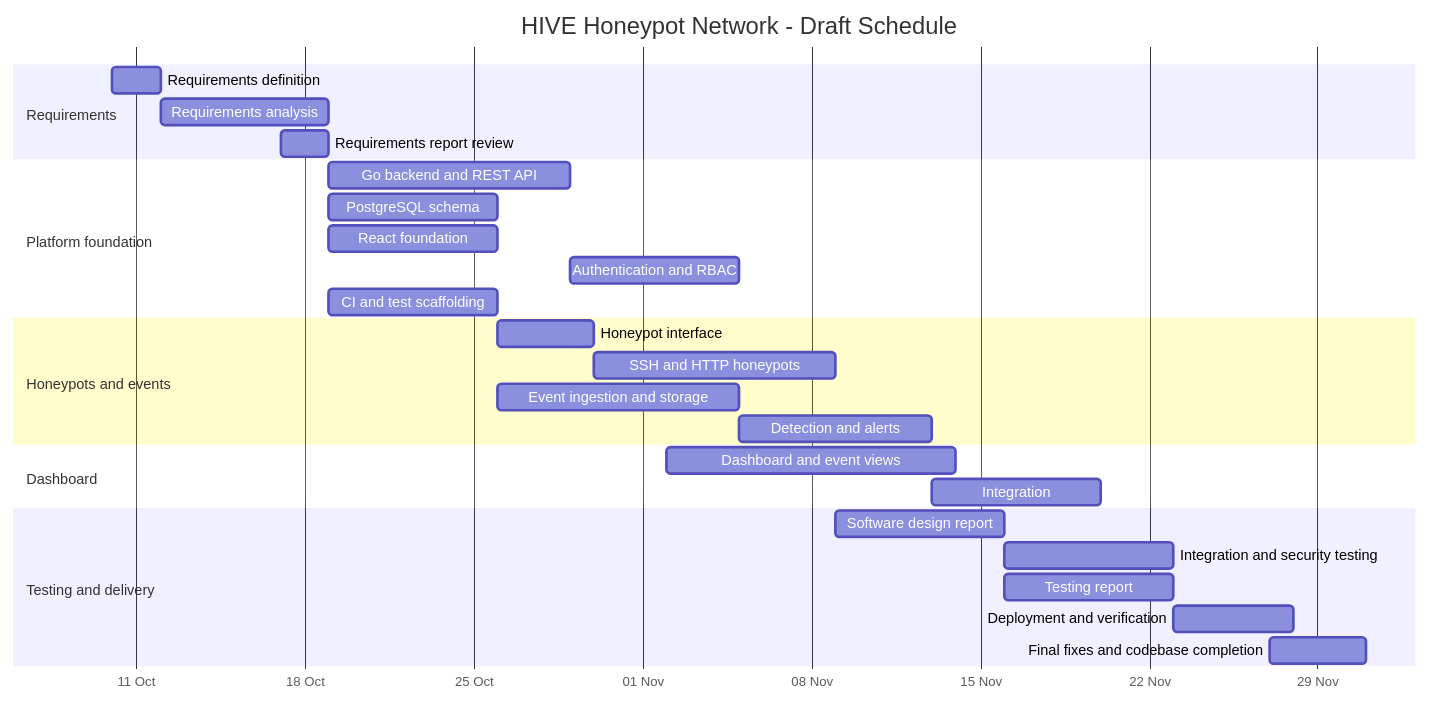
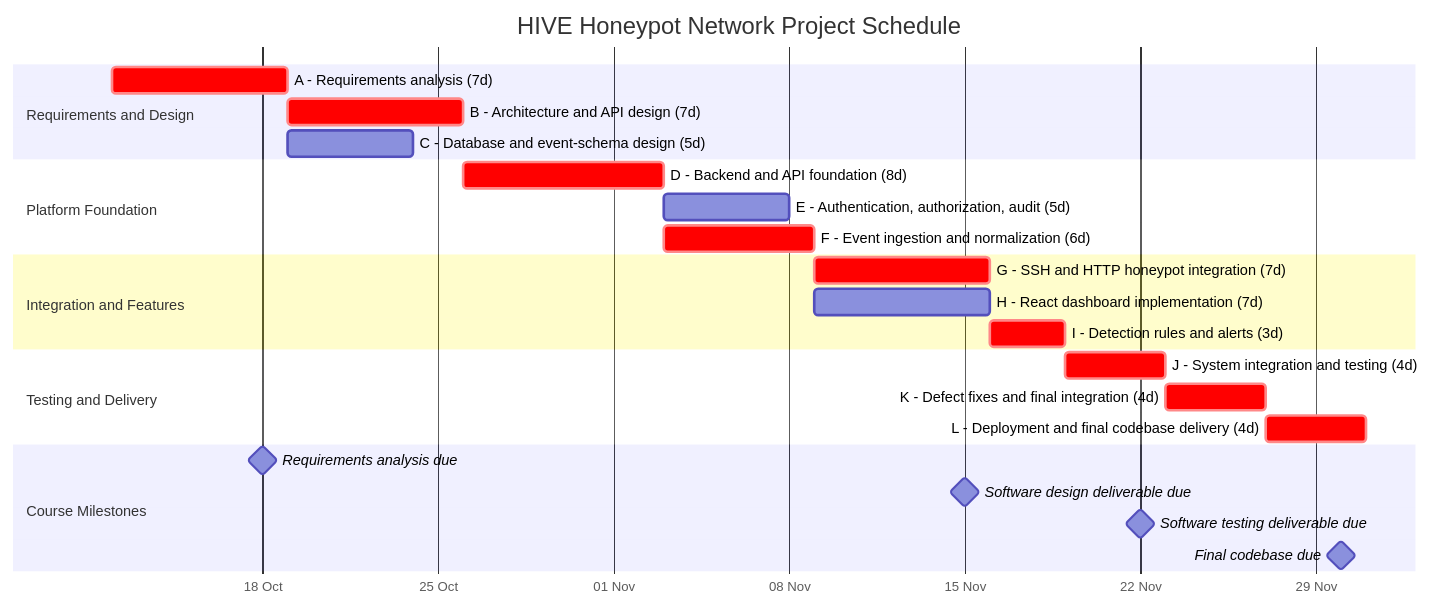
One commit to El-Dorado26/hive-honeypot-network changed the diagram in docs/planning/gantt.md. Above: the diagram before and after it, drawn with Mermaid. The commit also changed other lines of this file, not shown here.

First line of the commit message:
Revise Gantt chart and project schedule details

````diff
--- a/docs/planning/gantt.md
+++ b/docs/planning/gantt.md
@@ -5,35 +11,33 @@
 ```mermaid
 gantt
-    title HIVE Honeypot Network - Draft Schedule
+    title HIVE Honeypot Network Project Schedule
     dateFormat YYYY-MM-DD
     axisFormat %d %b
+    tickInterval 1week
 
-    section Requirements
-    Requirements definition :req, 2026-10-10, 2d
-    Requirements analysis :analysis, after req, 7d
-    Requirements report review :report, 2026-10-17, 2d
+    section Requirements and Design
+    A - Requirements analysis (7d) :crit, a, 2026-10-12, 7d
+    B - Architecture and API design (7d) :crit, b, after a, 7d
+    C - Database and event-schema design (5d) :c, after a, 5d
 
-    section Platform foundation
-    Go backend and REST API :backend, 2026-10-19, 10d
-    PostgreSQL schema :db, 2026-10-19, 7d
-    React foundation :frontend, 2026-10-19, 7d
-    Authentication and RBAC :auth, after backend, 7d
-    CI and test scaffolding :ci, 2026-10-19, 7d
+    section Platform Foundation
+    D - Backend and API foundation (8d) :crit, d, after b c, 8d
+    E - Authentication, authorization, audit (5d) :e, after d, 5d
+    F - Event ingestion and normalization (6d) :crit, f, after d, 6d
 
-    section Honeypots and events
-    Honeypot interface :hp, 2026-10-26, 4d
-    SSH and HTTP honeypots :honeypots, after hp, 10d
-    Event ingestion and storage :events, after db, 10d
-    Detection and alerts :detect, after events, 8d
+    section Integration and Features
+    G - SSH and HTTP honeypot integration (7d) :crit, g, after f, 7d
+    H - React dashboard implementation (7d) :h, after d f, 7d
+    I - Detection rules and alerts (3d) :crit, i, after g, 3d
 
-    section Dashboard
-    Dashboard and event views :dash, 2026-11-02, 12d
-    Integration :integration, after detect, 7d
+    section Testing and Delivery
+    J - System integration and testing (4d) :crit, j, after e h i, 4d
+    K - Defect fixes and final integration (4d) :crit, k, after j, 4d
+    L - Deployment and final codebase delivery (4d) :crit, l, after k, 4d
 
-    section Testing and delivery
-    Software design report :design, 2026-11-09, 7d
-    Integration and security testing :testing, 2026-11-16, 7d
-    Testing report :testreport, 2026-11-16, 7d
-    Deployment and verification :deploy, 2026-11-23, 5d
-    Final fixes and codebase completion :release, 2026-11-27, 4d
+    section Course Milestones
+    Requirements analysis due :milestone, m1, 2026-10-18, 0d
+    Software design deliverable due :milestone, m2, 2026-11-15, 0d
+    Software testing deliverable due :milestone, m3, 2026-11-22, 0d
+    Final codebase due :milestone, m4, 2026-11-30, 0d
 ```
````
